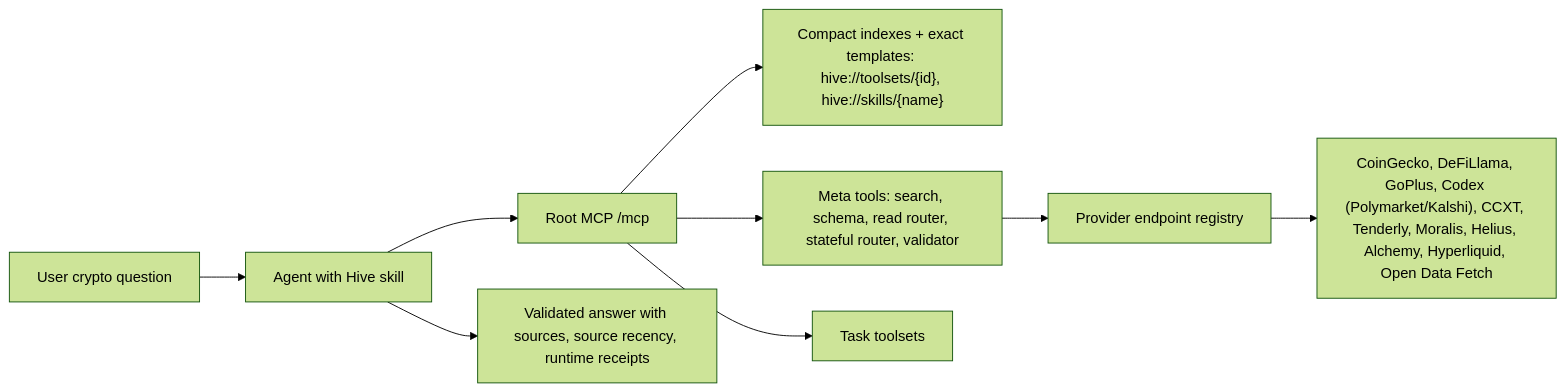
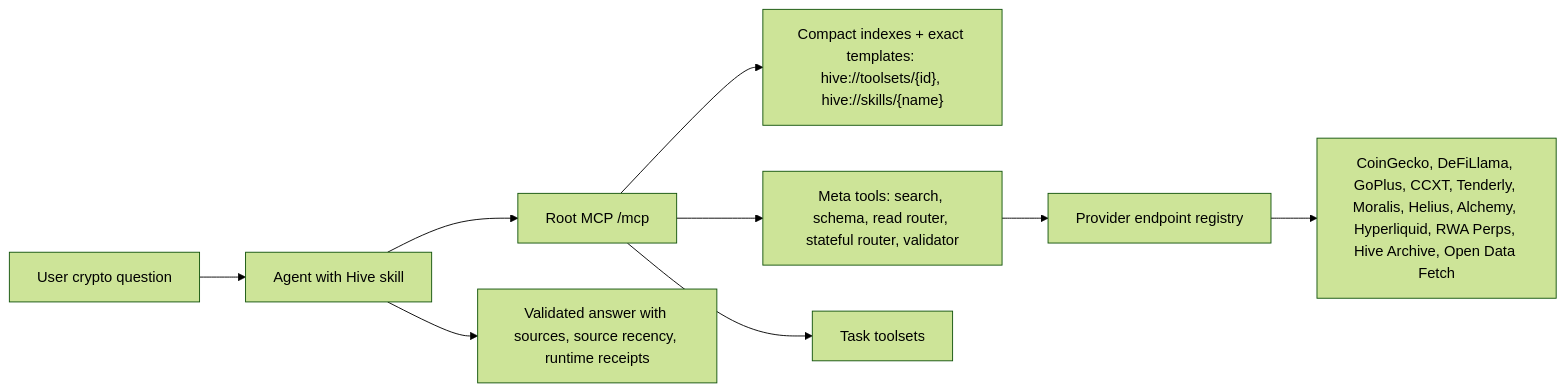
One commit to hive-intel/hive-skills changed the diagram in skills/hive-query/references/root-mcp-workflow.md. Above: the diagram before and after it, drawn with Mermaid (forest theme). The commit also changed 25 other files, not shown here.

````diff
--- a/skills/hive-query/references/root-mcp-workflow.md
+++ b/skills/hive-query/references/root-mcp-workflow.md
@@ -9,11 +9,11 @@
 ```mermaid
 flowchart LR
   User["User crypto question"] --> Agent["Agent with Hive skill"]
   Agent --> Root["Root MCP /mcp"]
   Root --> Resources["Compact indexes + exact templates: hive://toolsets/{id}, hive://skills/{name}"]
   Root --> MetaTools["Meta tools: search, schema, read router, stateful router, validator"]
   Root --> Toolsets["Task toolsets"]
   MetaTools --> Registry["Provider endpoint registry"]
-  Registry --> Providers["CoinGecko, DeFiLlama, GoPlus, Codex (Polymarket/Kalshi), CCXT, Tenderly, Moralis, Helius, Alchemy, Hyperliquid, Open Data Fetch"]
+  Registry --> Providers["CoinGecko, DeFiLlama, GoPlus, CCXT, Tenderly, Moralis, Helius, Alchemy, Hyperliquid, RWA Perps, Hive Archive, Open Data Fetch"]
   Agent --> Answer["Validated answer with sources, source recency, runtime receipts"]
 ```
````
